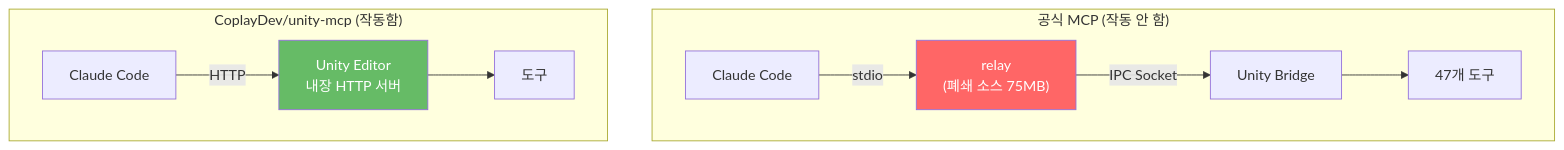
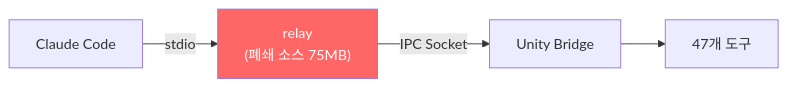
The second of 3 diagrams in src/content/blog/unity-official-mcp-broken-analysis/index.md (gigio1023/astro-blog), drawn with Mermaid before and after one commit. The commit also changed other lines of this file and 3 other files, not shown here.

First line of the commit message:
fix: mermaid theme colors and diagram layout

````diff
--- a/src/content/blog/unity-official-mcp-broken-analysis/index.md
+++ b/src/content/blog/unity-official-mcp-broken-analysis/index.md
@@ -254,15 +255,7 @@
 ```mermaid
-flowchart TB
-    subgraph "공식 MCP (작동 안 함)"
-        O1["Claude Code"] -->|stdio| O2["relay<br/>(폐쇄 소스 75MB)"]
-        O2 -->|"IPC Socket"| O3["Unity Bridge"]
-        O3 --> O4["47개 도구"]
-        style O2 fill:#f66,color:#fff
-    end
-
-    subgraph "CoplayDev/unity-mcp (작동함)"
-        C1["Claude Code"] -->|HTTP| C2["Unity Editor<br/>내장 HTTP 서버"]
-        C2 --> C3["도구"]
-        style C2 fill:#6b6,color:#fff
-    end
+flowchart LR
+    O1["Claude Code"] -->|stdio| O2["relay<br/>(폐쇄 소스 75MB)"]
+    O2 -->|"IPC Socket"| O3["Unity Bridge"]
+    O3 --> O4["47개 도구"]
+    style O2 fill:#f66,color:#fff
 ```
````
